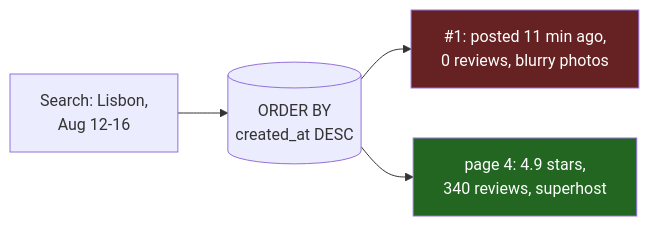
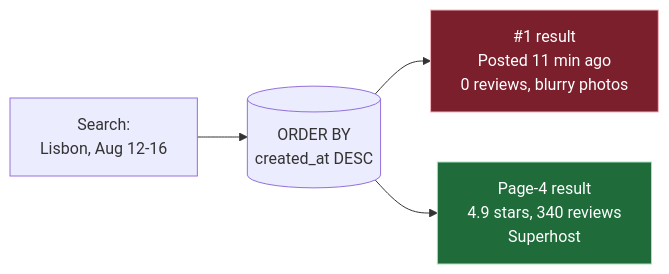
The first of 16 diagrams in system-design/HLD/0-course/52-Design-Airbnb-Search-Ranking-FAANG-Guide-story.md (riyaz-pasha/Learnings), drawn with Mermaid before and after one commit. The commit also changed other lines of this file and 1 other file, not shown here.

Commit message:
[REWRITE] Airbnb Search Ranking story guide: simplify prose, add structure, fix diagrams

````diff
--- a/system-design/HLD/0-course/52-Design-Airbnb-Search-Ranking-FAANG-Guide-story.md
+++ b/system-design/HLD/0-course/52-Design-Airbnb-Search-Ranking-FAANG-Guide-story.md
@@ -15,8 +54,9 @@
 ```mermaid
 flowchart LR
-    Q["Search: Lisbon,\nAug 12-16"] --> DB[("ORDER BY\ncreated_at DESC")]
-    DB --> R1["#1: posted 11 min ago,\n0 reviews, blurry photos"]
-    DB --> R4["page 4: 4.9 stars,\n340 reviews, superhost"]
-    style R1 fill:#622,color:#fff
-    style R4 fill:#262,color:#fff
+    Q["Search:<br/>Lisbon, Aug 12-16"] --> DB[("ORDER BY<br/>created_at DESC")]
+    DB --> R1["#1 result<br/>Posted 11 min ago<br/>0 reviews, blurry photos"]
+    DB --> R4["Page-4 result<br/>4.9 stars, 340 reviews<br/>Superhost"]
+
+    style R1 fill:#7a1f2b,stroke:#f5b5bd,color:#ffffff
+    style R4 fill:#1f6b3a,stroke:#a7e3bd,color:#ffffff
 ```
````
